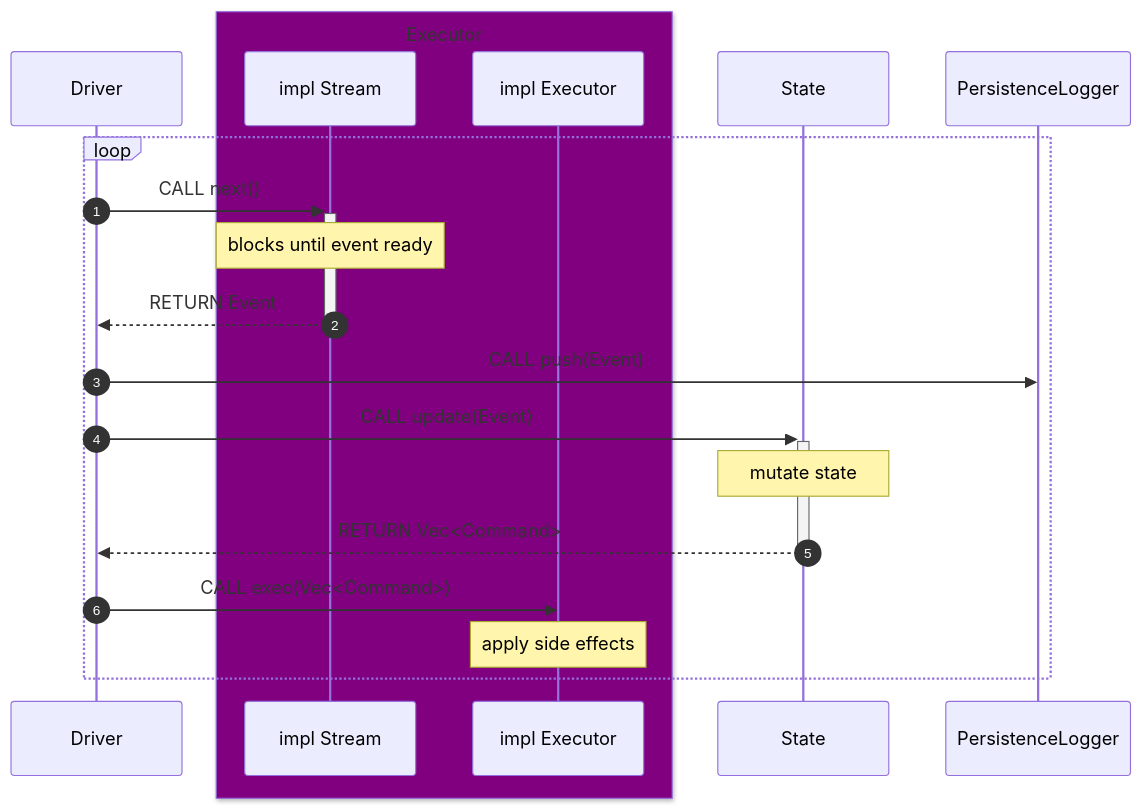
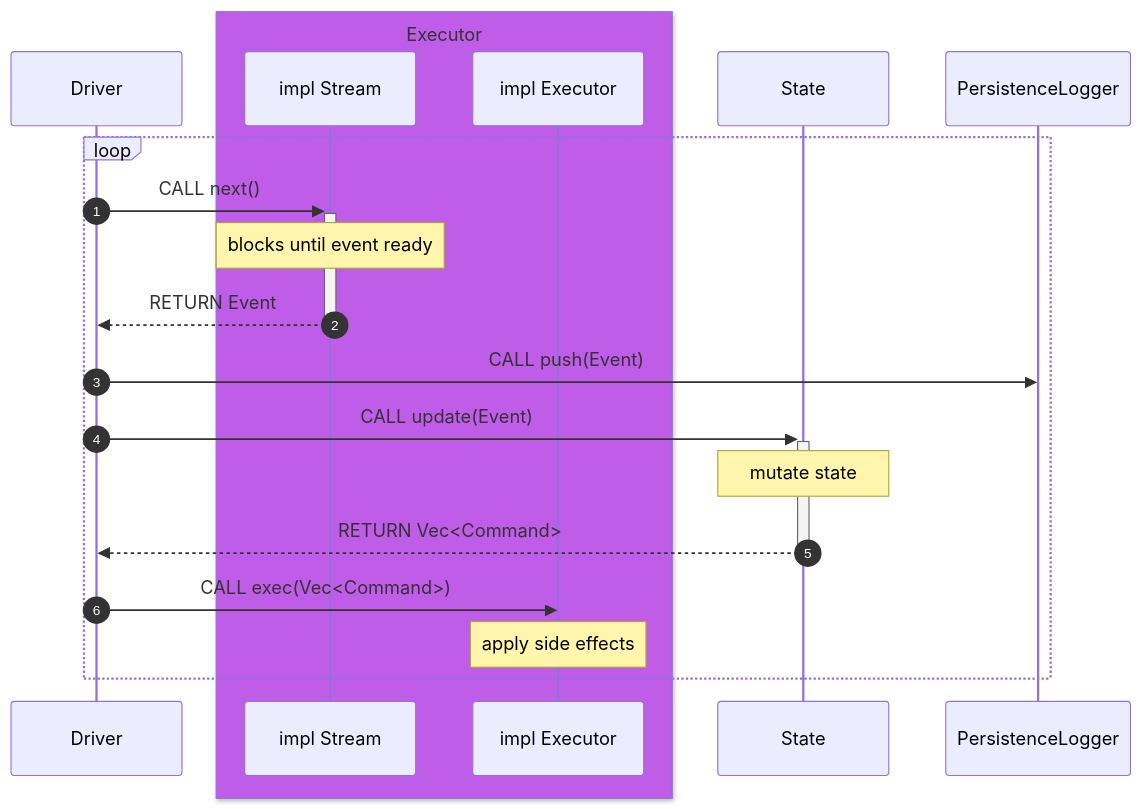
One commit to category-labs/monad-bft changed the diagram in README.md. Above: the diagram before and after it, drawn with Mermaid.

Commit message:
[README] Adjust colour for Executor box in architecture diagram
Deep purple, try a lighter shade.

````diff
--- a/README.md
+++ b/README.md
@@ -138,22 +138,22 @@
 ```mermaid
 sequenceDiagram
 autonumber
     participant D as Driver
-    box Purple Executor
+    box rgb(191,93,233) Executor
     participant S as impl Stream
     participant E as impl Executor
     end
     participant State
     participant PersistenceLogger
     loop
     D ->>+ S: CALL next()
     Note over S: blocks until event ready
     S -->>- D: RETURN Event
     D ->> PersistenceLogger: CALL push(Event)
     D ->>+ State: CALL update(Event)
     Note over State: mutate state
     State -->>- D: RETURN Vec<Command>
     D ->> E: CALL exec(Vec<Command>)
     Note over E: apply side effects
     end
 ```
````
